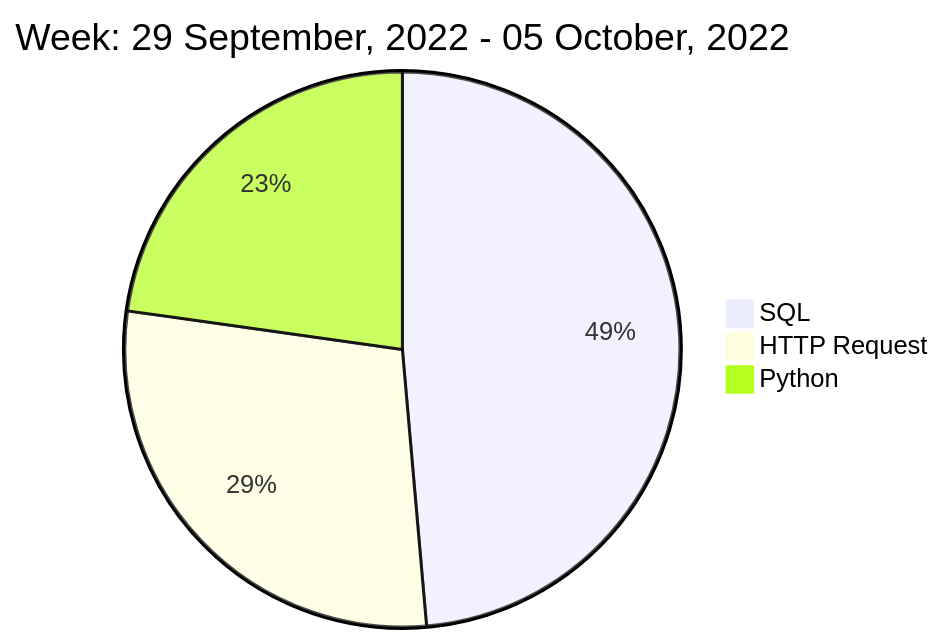
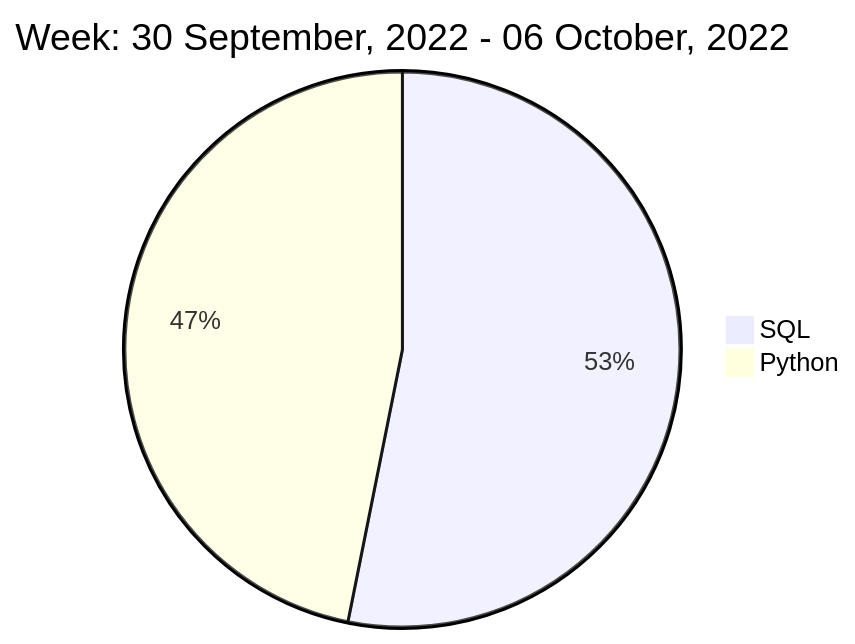
One commit to liubin95/liubin95 changed the diagram in README.md. Above: the diagram before and after it, drawn with Mermaid.

Commit message:
Updated the Graph with new Metrics

````diff
--- a/README.md
+++ b/README.md
@@ -40,7 +40,6 @@
 ```mermaid
  pie
-title Week: 29 September, 2022 - 05 October, 2022
- "SQL" : 1.75
- "HTTP Request" : 1.03
+title Week: 30 September, 2022 - 06 October, 2022
+ "SQL" : 0.93
  "Python" : 0.82
 ```
````
